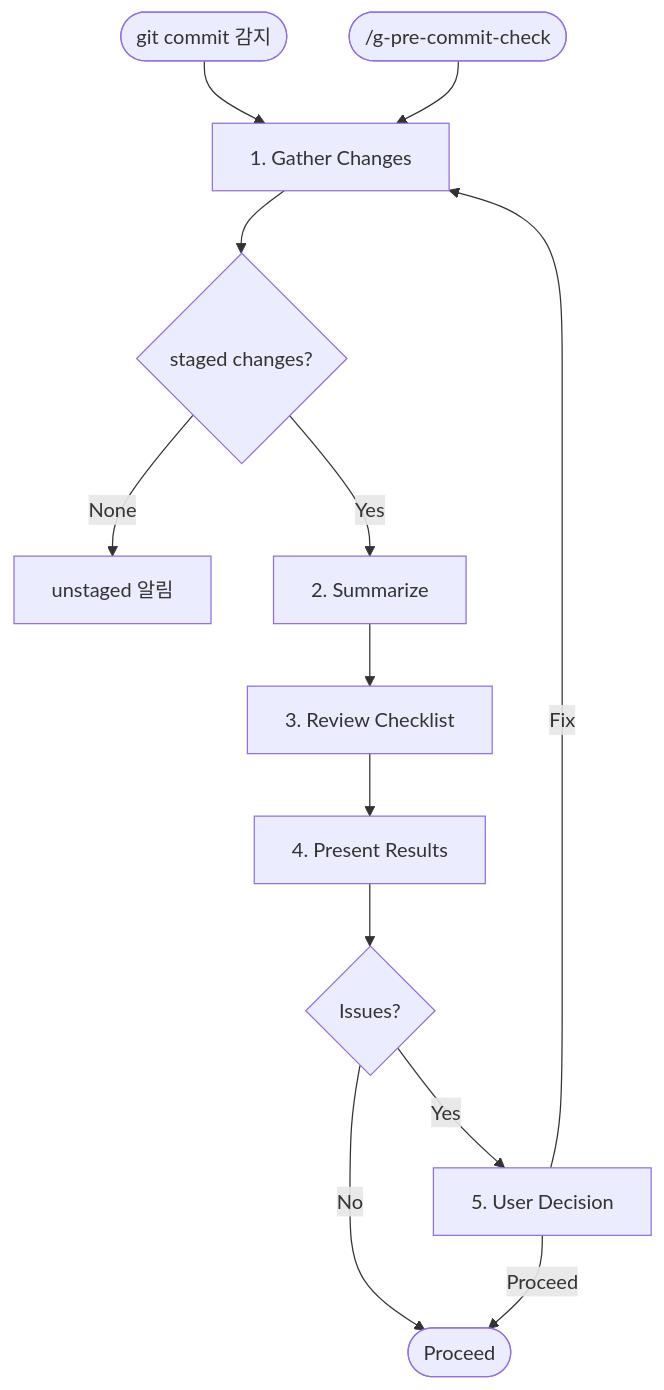
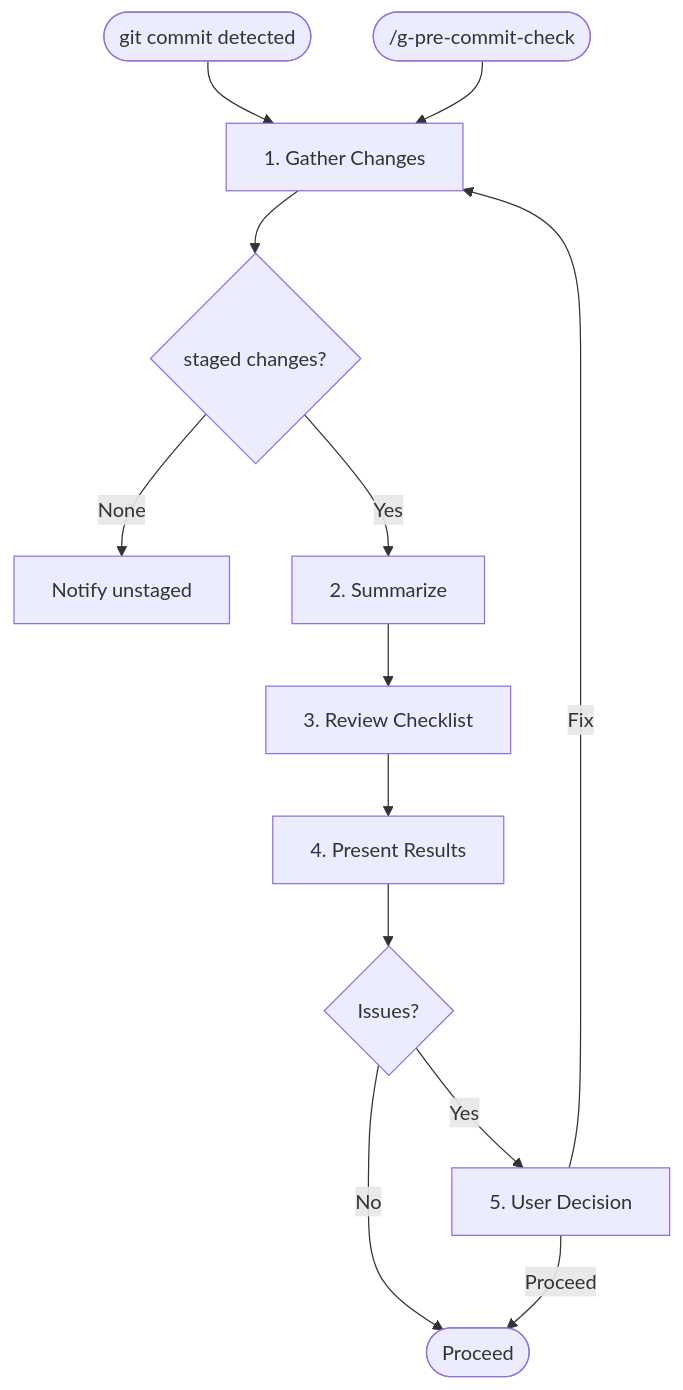
One commit to gloriaJun/harness changed the diagram in skills/pre-commit-check/SKILL.md. Above: the diagram before and after it, drawn with Mermaid. The commit also changed 5 other files, not shown here.

````diff
--- a/skills/pre-commit-check/SKILL.md
+++ b/skills/pre-commit-check/SKILL.md
@@ -17,16 +17,16 @@
 ```mermaid
 flowchart TD
-    A1(["git commit 감지"]) --> C
+    A1(["git commit detected"]) --> C
     A2(["/g-pre-commit-check"]) --> C
     C["1. Gather Changes"]
     C --> D{"staged changes?"}
-    D -- None --> E["unstaged 알림"]
+    D -- None --> E["Notify unstaged"]
     D -- Yes --> F["2. Summarize"]
     F --> G["3. Review Checklist"]
     G --> H["4. Present Results"]
     H --> I{"Issues?"}
     I -- No --> J(["Proceed"])
     I -- Yes --> K["5. User Decision"]
     K -- Fix --> C
     K -- Proceed --> J
 ```
````
